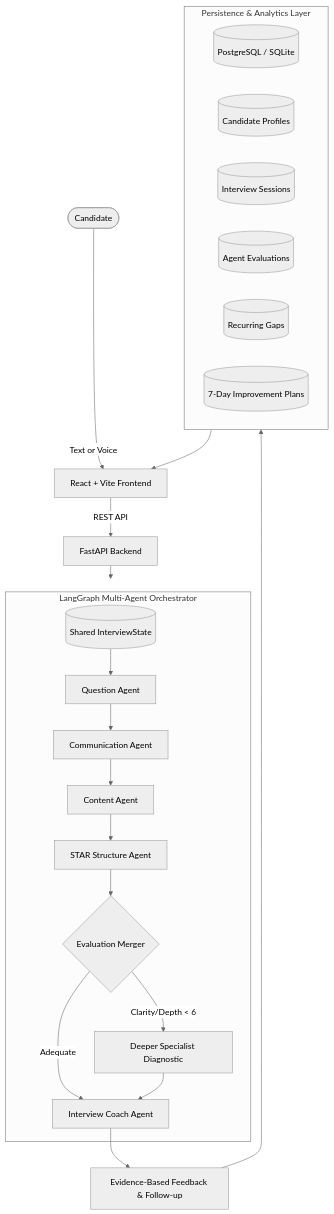
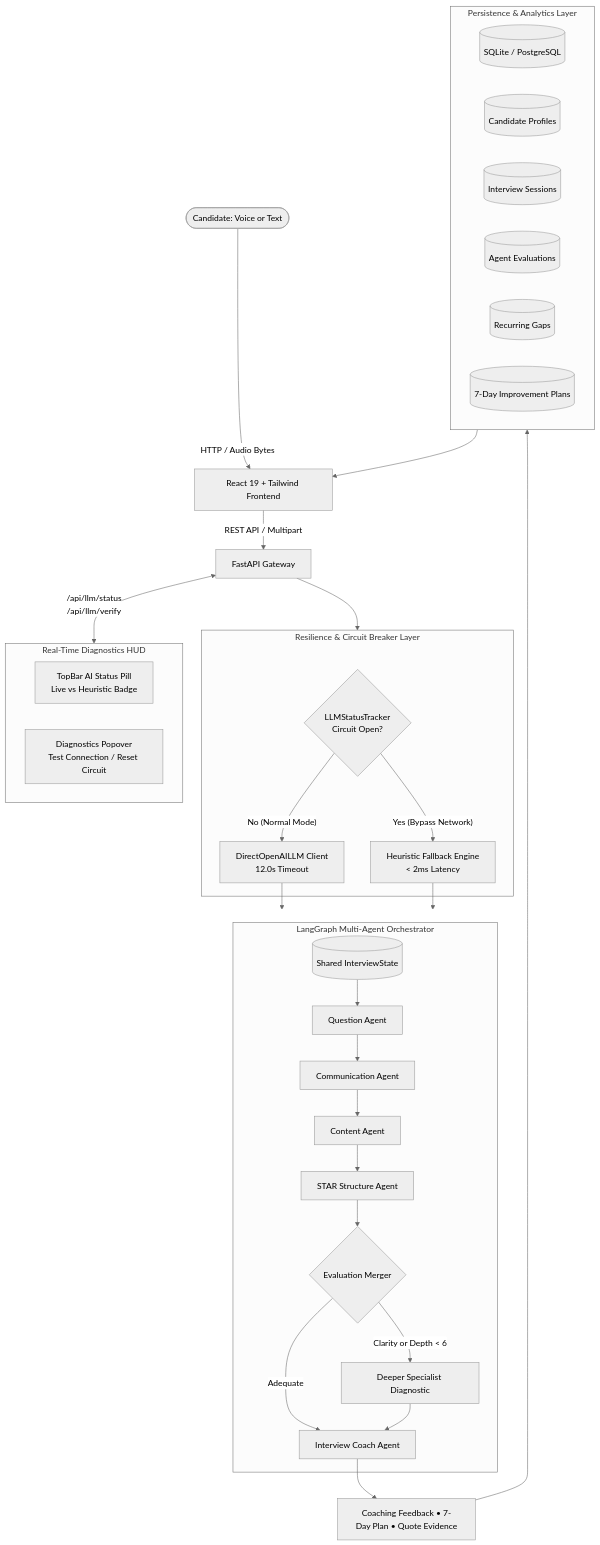
One commit to MShrinath/Prepzo changed the first of 3 diagrams in docs/architecture.md. Above: the diagram before and after it, drawn with Mermaid (neutral theme). The commit also changed other lines of this file and 22 other files, not shown here.

````diff
--- a/docs/architecture.md
+++ b/docs/architecture.md
@@ -7,41 +11,58 @@
 ```mermaid
 flowchart TD
-    User([Candidate]) -->|Text or Voice| Frontend[React + Vite Frontend]
-    Frontend -->|REST API| API[FastAPI Backend]
+    User([Candidate: Voice or Text]) -->|HTTP / Audio Bytes| Frontend[React 19 + Tailwind Frontend]
+    Frontend -->|REST API / Multipart| API[FastAPI Gateway]
+    
+    subgraph CircuitBreakerLayer [Resilience & Circuit Breaker Layer]
+        StatusTracker{LLMStatusTracker\nCircuit Open?}
+        StatusTracker -- Yes (Bypass Network) --> FallbackEngine[Heuristic Fallback Engine\n< 2ms Latency]
+        StatusTracker -- No (Normal Mode) --> DirectLLM[DirectOpenAILLM Client\n12.0s Timeout]
+    end
+    
+    API --> CircuitBreakerLayer
     
     subgraph MultiAgentEngine [LangGraph Multi-Agent Orchestrator]
         State[(Shared InterviewState)]
         
         QAgent[Question Agent]
         CommAgent[Communication Agent]
         ContentAgent[Content Agent]
         STARAgent[STAR Structure Agent]
         Merger{Evaluation Merger}
         Deeper[Deeper Specialist Diagnostic]
         CoachAgent[Interview Coach Agent]
         
         State --> QAgent
         QAgent --> CommAgent
         CommAgent --> ContentAgent
         ContentAgent --> STARAgent
         STARAgent --> Merger
-        Merger -- Clarity/Depth < 6 --> Deeper
+        Merger -- Clarity or Depth < 6 --> Deeper
         Merger -- Adequate --> CoachAgent
         Deeper --> CoachAgent
     end
     
-    API --> MultiAgentEngine
-    CoachAgent --> Synthesis[Evidence-Based Feedback & Follow-up]
+    DirectLLM --> MultiAgentEngine
+    FallbackEngine --> MultiAgentEngine
+    
+    CoachAgent --> Synthesis[Coaching Feedback • 7-Day Plan • Quote Evidence]
     
     subgraph Storage [Persistence & Analytics Layer]
-        PG[(PostgreSQL / SQLite)]
+        SQLite[(SQLite / PostgreSQL)]
         Profiles[(Candidate Profiles)]
         Sessions[(Interview Sessions)]
         Evaluations[(Agent Evaluations)]
         Gaps[(Recurring Gaps)]
         Plans[(7-Day Improvement Plans)]
     end
     
     Synthesis --> Storage
     Storage --> Frontend
+    
+    subgraph FrontendHUD [Real-Time Diagnostics HUD]
+        StatusPill[TopBar AI Status Pill\nLive vs Heuristic Badge]
+        DiagModal[Diagnostics Popover\nTest Connection / Reset Circuit]
+    end
+    
+    API <-->|/api/llm/status\n/api/llm/verify| FrontendHUD
 ```
````
